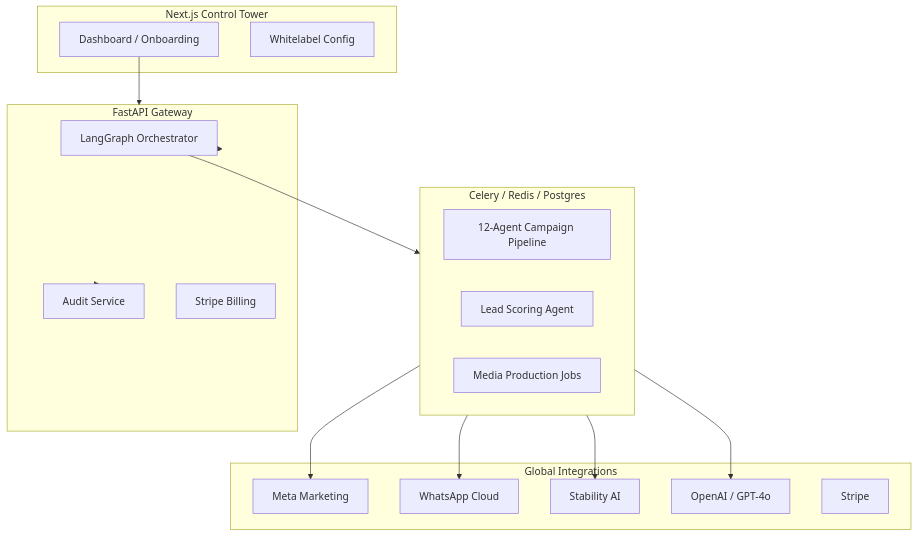
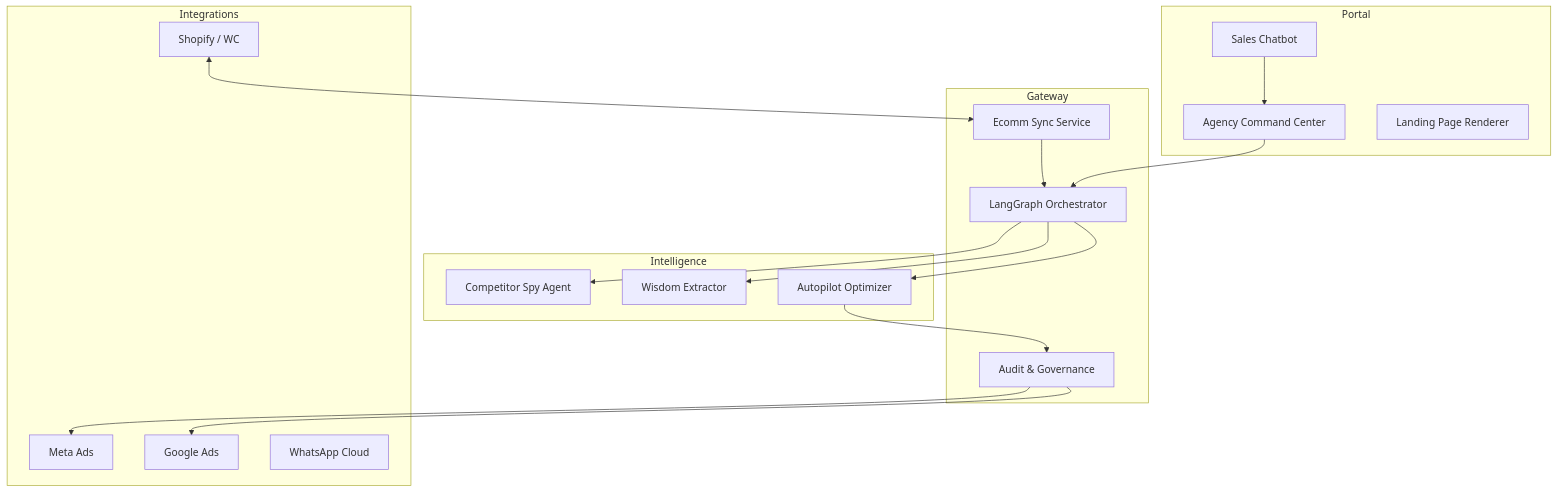
Before and after one commit to pranaya-mathur/AIMOS: the diagram in README.md, drawn with Mermaid. The commit also changed other lines of this file and 30 other files, not shown here.

````diff
--- a/README.md
+++ b/README.md
@@ -47,36 +39,38 @@
 ```mermaid
 flowchart TD
-  subgraph Frontend [Next.js Control Tower]
-    UI[Dashboard / Onboarding]
-    WL[Whitelabel Config]
+  subgraph Frontend [Portal]
+    UI[Agency Command Center]
+    LP[Landing Page Renderer]
+    CB[Sales Chatbot]
   end
 
-  subgraph API [FastAPI Gateway]
+  subgraph API [Gateway]
     AG[LangGraph Orchestrator]
-    AU[Audit Service]
-    ST[Stripe Billing]
+    AU[Audit & Governance]
+    EC[Ecomm Sync Service]
   end
 
-  subgraph Worker [Celery / Redis / Postgres]
-    CP[12-Agent Campaign Pipeline]
-    LD[Lead Scoring Agent]
-    MED[Media Production Jobs]
+  subgraph Logic [Intelligence]
+    SPY[Competitor Spy Agent]
+    WIS[Wisdom Extractor]
+    OPT[Autopilot Optimizer]
   end
 
-  subgraph External [Global Integrations]
-    META[Meta Marketing]
+  subgraph Platforms [Integrations]
+    META[Meta Ads]
+    GOG[Google Ads]
+    SHP[Shopify / WC]
     WA[WhatsApp Cloud]
-    STAB[Stability AI]
-    OAI[OpenAI / GPT-4o]
-    STR[Stripe]
   end
 
-  UI --> API
-  API --> AU
-  API --> AG
-  AG --> Worker
-  Worker --> META
-  Worker --> WA
-  Worker --> STAB
-  Worker --> OAI
+  UI --> AG
+  AG --> SPY
+  AG --> WIS
+  AG --> OPT
+  OPT --> AU
+  AU --> META
+  AU --> GOG
+  SHP <--> EC
+  EC --> AG
+  CB --> UI
 ```
````
